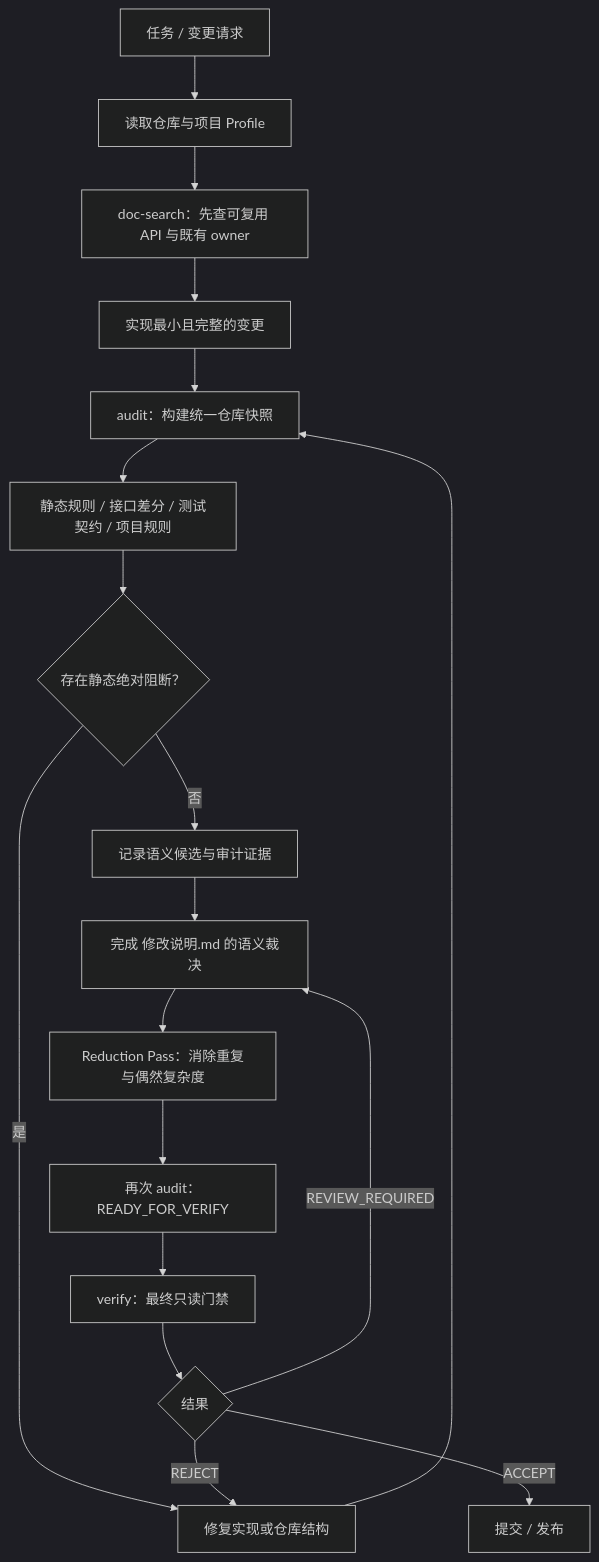
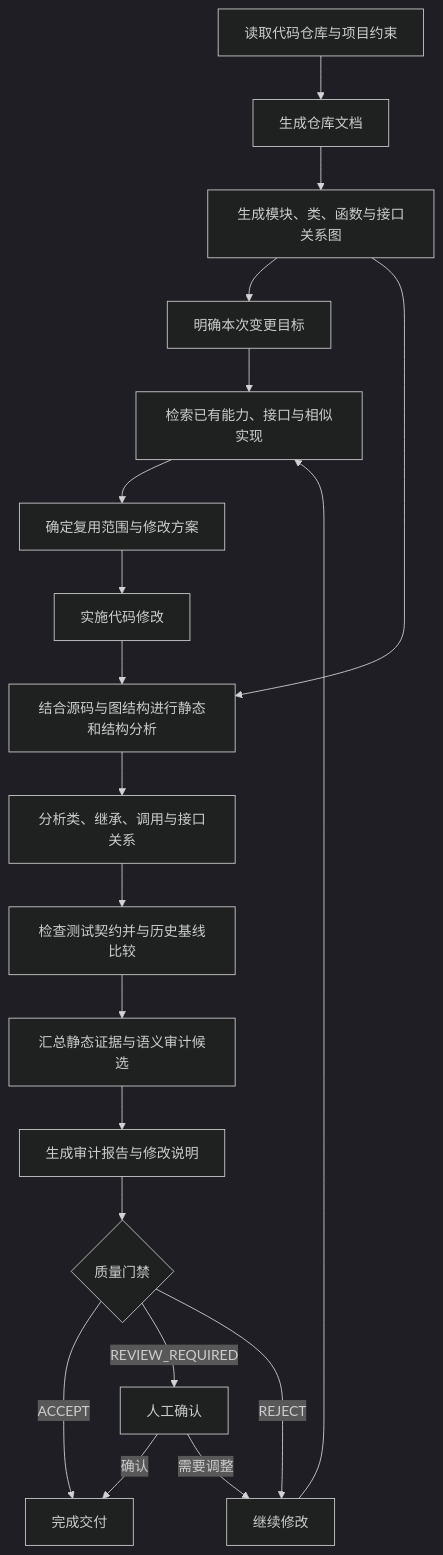
The diagram in README_zh.md (shijunfeng00/repository-quality-guard), drawn with Mermaid (dark theme) before and after one commit. The commit also changed other lines of this file and 6 other files, not shown here.

````diff
--- a/README_zh.md
+++ b/README_zh.md
@@ -11,20 +32,30 @@
 ```mermaid
 flowchart TD
-    A[任务 / 变更请求] --> B[读取仓库与项目 Profile]
-    B --> C[doc-search：先查可复用 API 与既有 owner]
-    C --> D[实现最小且完整的变更]
-    D --> E[audit：构建统一仓库快照]
-    E --> F[静态规则 / 接口差分 / 测试契约 / 项目规则]
-    F --> G{存在静态绝对阻断？}
-    G -- 是 --> H[修复实现或仓库结构]
-    H --> E
-    G -- 否 --> I[记录语义候选与审计证据]
-    I --> J[完成 修改说明.md 的语义裁决]
-    J --> K[Reduction Pass：消除重复与偶然复杂度]
-    K --> L[再次 audit：READY_FOR_VERIFY]
-    L --> M[verify：最终只读门禁]
-    M --> N{结果}
-    N -- ACCEPT --> O[提交 / 发布]
-    N -- REVIEW_REQUIRED --> J
-    N -- REJECT --> H
+    A[读取代码仓库与项目约束]
+    B[生成仓库文档]
+    C[生成模块、类、函数与接口关系图]
+    D[明确本次变更目标]
+    E[检索已有能力、接口与相似实现]
+    F[确定复用范围与修改方案]
+    G[实施代码修改]
+    H[结合源码与图结构进行静态和结构分析]
+    I[分析类、继承、调用与接口关系]
+    J[检查测试契约并与历史基线比较]
+    K[汇总静态证据与语义审计候选]
+    L[生成审计报告与修改说明]
+    M{质量门禁}
+    N[完成交付]
+    O[人工确认]
+    P[继续修改]
+
+    A --> B --> C --> D --> E --> F --> G
+    G --> H
+    C --> H
+    H --> I --> J --> K --> L --> M
+    M -->|ACCEPT| N
+    M -->|REVIEW_REQUIRED| O
+    M -->|REJECT| P
+    O -->|确认| N
+    O -->|需要调整| P
+    P --> E
 ```
````
